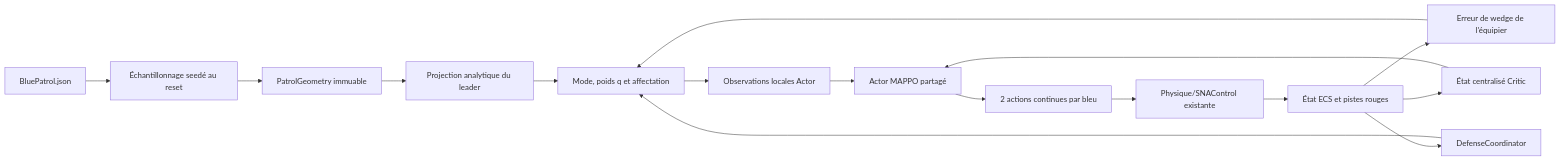
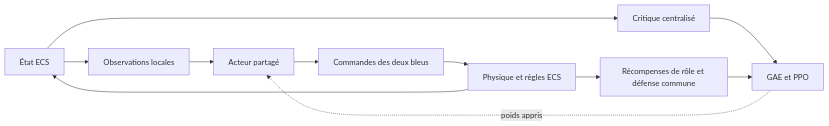
One commit to benoitfragit/PPOTrial changed the diagram in docs/blue-patrol-v6-architecture.md. Above: the diagram before and after it, drawn with Mermaid. The commit also changed other lines of this file and 26 other files, not shown here.

Commit message:
Refactor blue patrol leader and wingman roles

````diff
--- a/docs/blue-patrol-v6-architecture.md
+++ b/docs/blue-patrol-v6-architecture.md
@@ -36,18 +18,13 @@
 ```mermaid
 flowchart LR
-    J[BluePatrol.json] --> S[Échantillonnage seedé au reset]
-    S --> G[PatrolGeometry immuable]
-    G --> P[Projection analytique du leader]
-    E --> W[Erreur de wedge de l'équipier]
-    E[État ECS et pistes rouges] --> D[DefenseCoordinator]
-    D --> O[Mode, poids q et affectation]
-    P --> O
-    W --> O
-    O --> A[Observations locales Actor]
-    E --> C[État centralisé Critic]
-    A --> M[Actor MAPPO partagé]
-    C --> M
-    M --> U[2 actions continues par bleu]
-    U --> F[Physique/SNAControl existante]
-    F --> E
+    E[État ECS] --> O[Observations locales]
+    O --> A[Acteur partagé]
+    A --> U[Commandes des deux bleus]
+    U --> P[Physique et règles ECS]
+    P --> E
+    E --> C[Critique centralisé]
+    P --> R[Récompenses de rôle et défense commune]
+    C --> T[GAE et PPO]
+    R --> T
+    T -. poids appris .-> A
 ```
````
